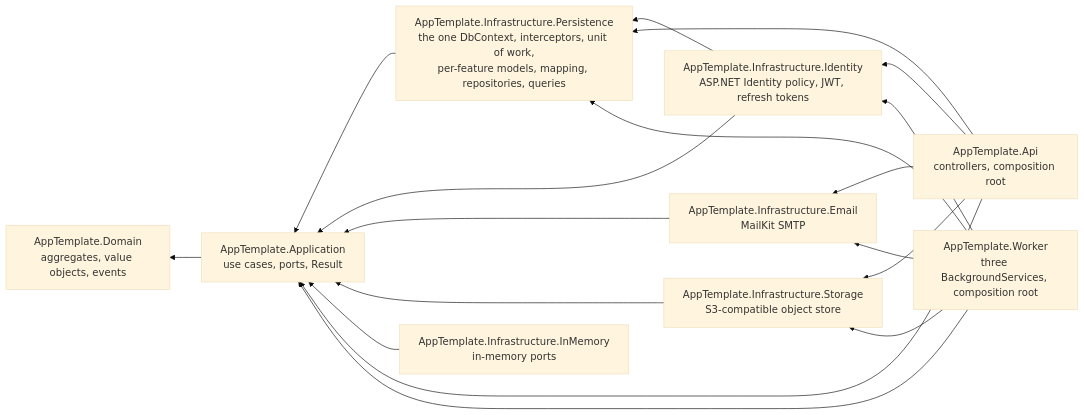
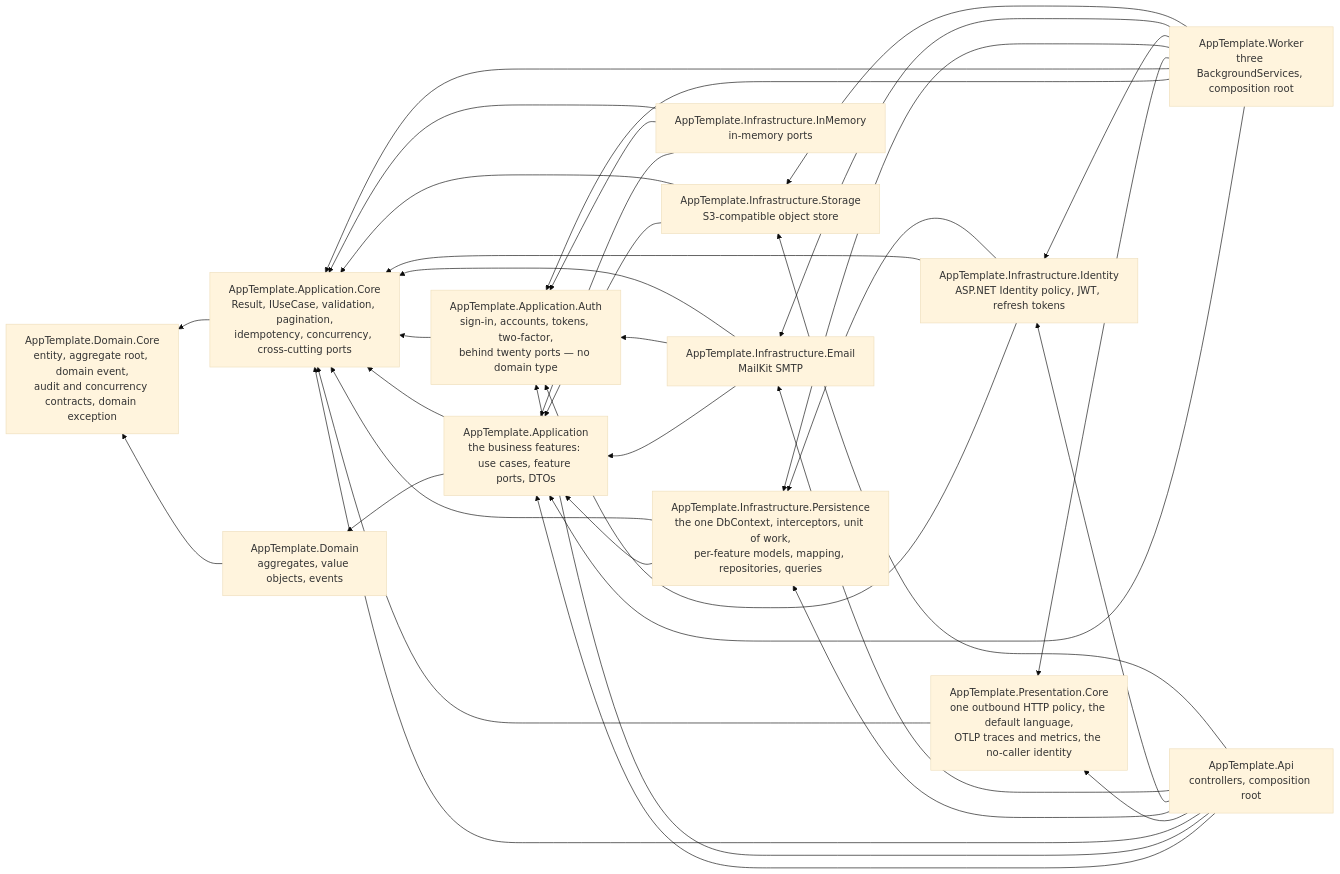
One commit to Pierre-MarieMarchio/Template-DotNet_Clean_Architecture changed the diagram in docs/ARCHITECTURE.md. Above: the diagram before and after it, drawn with Mermaid (base theme). The commit also changed other lines of this file and 1164 other files, not shown here.

````diff
--- a/docs/ARCHITECTURE.md
+++ b/docs/ARCHITECTURE.md
@@ -24,30 +28,52 @@
 ```mermaid
 graph RL
     Api[AppTemplate.Api<br/>controllers, composition root]
     Worker[AppTemplate.Worker<br/>three BackgroundServices, composition root]
+    PresCore[AppTemplate.Presentation.Core<br/>one outbound HTTP policy, the default language,<br/>OTLP traces and metrics, the no-caller identity]
     Ident[AppTemplate.Infrastructure.Identity<br/>ASP.NET Identity policy, JWT, refresh tokens]
     Mail[AppTemplate.Infrastructure.Email<br/>MailKit SMTP]
     Store[AppTemplate.Infrastructure.Storage<br/>S3-compatible object store]
     Mem[AppTemplate.Infrastructure.InMemory<br/>in-memory ports]
     Pers[AppTemplate.Infrastructure.Persistence<br/>the one DbContext, interceptors, unit of work,<br/>per-feature models, mapping, repositories, queries]
-    App[AppTemplate.Application<br/>use cases, ports, Result]
+    App[AppTemplate.Application<br/>the business features: use cases, feature ports, DTOs]
+    Auth[AppTemplate.Application.Auth<br/>sign-in, accounts, tokens, two-factor,<br/>behind twenty ports — no domain type]
+    AppCore[AppTemplate.Application.Core<br/>Result, IUseCase, validation, pagination,<br/>idempotency, concurrency, cross-cutting ports]
     Dom[AppTemplate.Domain<br/>aggregates, value objects, events]
+    DomCore[AppTemplate.Domain.Core<br/>entity, aggregate root, domain event,<br/>audit and concurrency contracts, domain exception]
 
+    Dom --> DomCore
+    AppCore --> DomCore
     App --> Dom
+    App --> AppCore
+    Auth --> AppCore
+    PresCore --> AppCore
     Pers --> App
-    Ident --> App
+    Pers --> AppCore
+    Ident --> Auth
+    Ident --> AppCore
     Ident --> Pers
     Mail --> App
+    Mail --> Auth
+    Mail --> AppCore
     Store --> App
+    Store --> AppCore
     Mem --> App
+    Mem --> Auth
+    Mem --> AppCore
     Api --> App
+    Api --> Auth
+    Api --> AppCore
+    Api --> PresCore
     Api --> Pers
     Api --> Ident
     Api --> Mail
     Api --> Store
     Worker --> App
+    Worker --> Auth
+    Worker --> AppCore
+    Worker --> PresCore
     Worker --> Pers
     Worker --> Ident
     Worker --> Mail
     Worker --> Store
 ```
````
